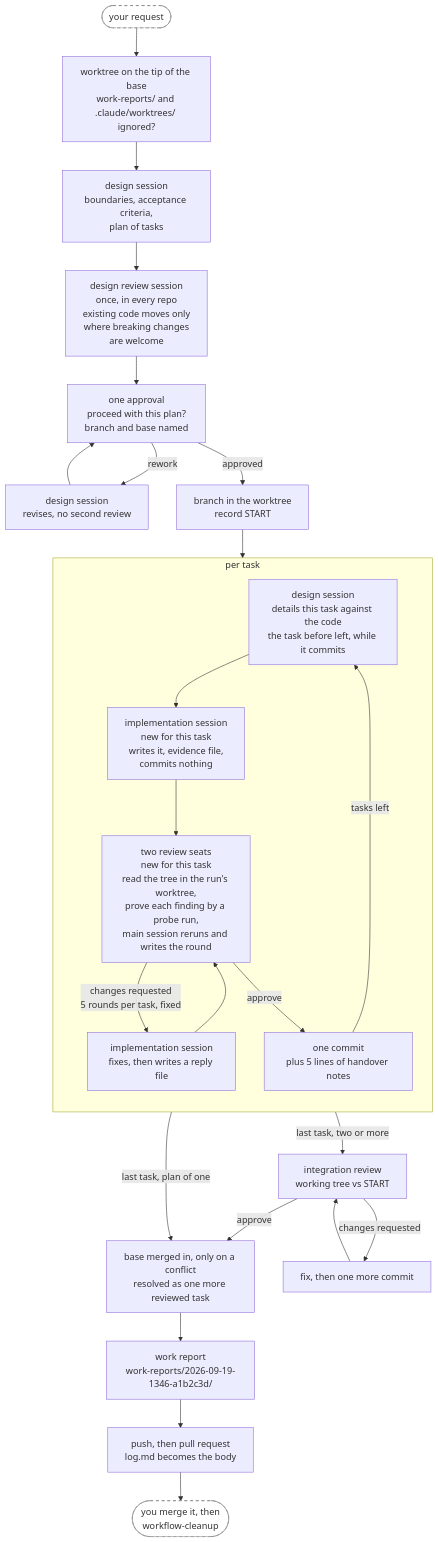
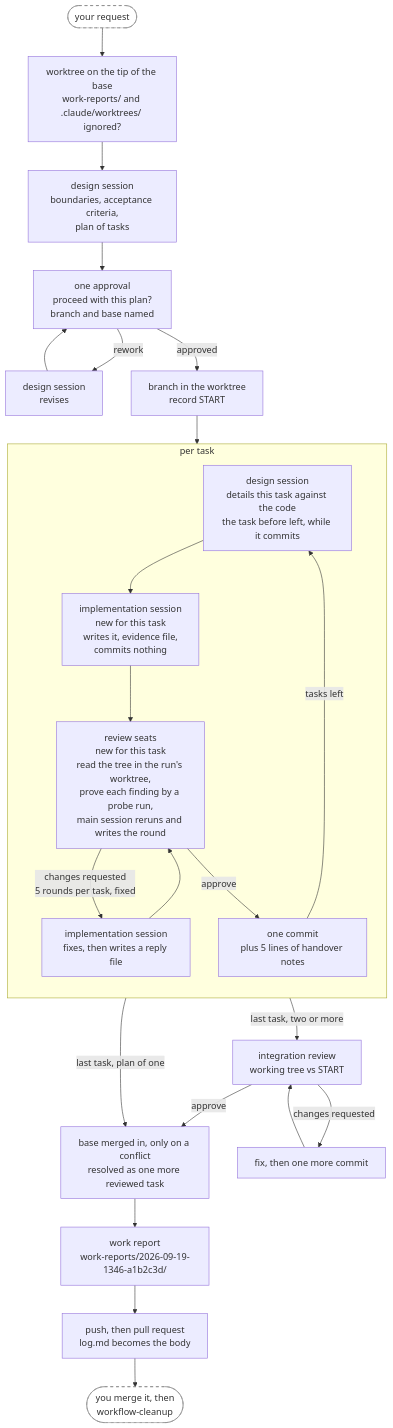
The second of 4 diagrams in plugins/annetaan/README.md (annetaan/claude-plugins), drawn with Mermaid before and after one commit. The commit also changed other lines of this file and 40 other files, not shown here.

First line of the commit message:
Lighter levels: one review seat below level 3, level 2 by default, no design review (#119)

````diff
--- a/plugins/annetaan/README.md
+++ b/plugins/annetaan/README.md
@@ -169,34 +168,34 @@
 ```mermaid
 flowchart TD
     req(["your request"]) --> wt["worktree on the tip of the base<br/>work-reports/ and .claude/worktrees/ ignored?"] --> design["design session<br/>boundaries, acceptance criteria,<br/>plan of tasks"]
-    design --> dreview["design review session<br/>once, in every repo<br/>existing code moves only<br/>where breaking changes<br/>are welcome"] --> ask["one approval<br/>proceed with this plan?<br/>branch and base named"]
-    ask -->|rework| redo["design session<br/>revises, no second review"] --> ask
+    design --> ask["one approval<br/>proceed with this plan?<br/>branch and base named"]
+    ask -->|rework| redo["design session<br/>revises"] --> ask
     ask -->|approved| setup["branch in the worktree<br/>record START"]
     setup --> detail
 
     subgraph task["per task"]
         direction TB
         detail["design session<br/>details this task against the code<br/>the task before left, while it commits"]
         impl["implementation session<br/>new for this task<br/>writes it, evidence file,<br/>commits nothing"]
-        review["two review seats<br/>new for this task<br/>read the tree in the run's worktree,<br/>prove each finding by a probe run,<br/>main session reruns and writes the round"]
+        review["review seats<br/>new for this task<br/>read the tree in the run's worktree,<br/>prove each finding by a probe run,<br/>main session reruns and writes the round"]
         respond["implementation session<br/>fixes, then writes a reply file"]
         commit["one commit<br/>plus 5 lines of handover notes"]
         detail --> impl --> review
         review -->|"changes requested<br/>5 rounds per task, fixed"| respond
         respond --> review
         review -->|approve| commit
         commit -->|tasks left| detail
     end
 
     commit -->|"last task, two or more"| integ["integration review<br/>working tree vs START"]
     commit -->|"last task, plan of one"| sync
     integ -->|changes requested| integfix["fix, then one more commit"]
     integfix --> integ
     integ -->|approve| sync["base merged in, only on a conflict<br/>resolved as one more reviewed task"]
     sync --> report["work report<br/>work-reports/2026-09-19-1346-a1b2c3d/"]
     report --> pr["push, then pull request<br/>log.md becomes the body"]
     pr --> clean(["you merge it, then<br/>workflow-cleanup"])
 
     classDef human fill:#fff,stroke:#888,stroke-dasharray: 5 5
     class req,clean human
 ```
````
